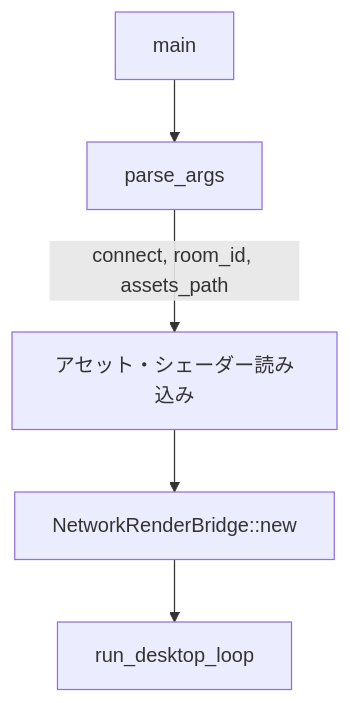
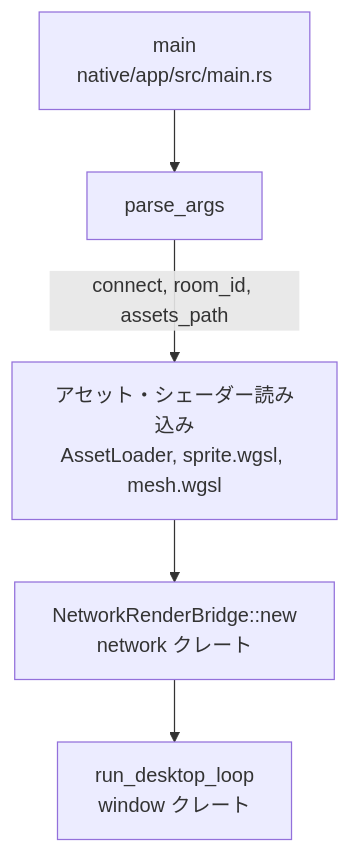
The seventh of 9 diagrams in docs/architecture/rust/desktop_client.md (FRICK-ELDY/alchemy-engine), drawn with Mermaid before and after one commit. The commit also changed other lines of this file and 11 other files, not shown here.

````diff
--- a/docs/architecture/rust/desktop_client.md
+++ b/docs/architecture/rust/desktop_client.md
@@ -227,13 +243,13 @@
 ```mermaid
 flowchart TD
-    MAIN[main]
+    MAIN[main<br/>native/app/src/main.rs]
     PARSE[parse_args]
-    LOAD[アセット・シェーダー読み込み]
-    BRIDGE[NetworkRenderBridge::new]
-    LOOP[run_desktop_loop]
+    LOAD[アセット・シェーダー読み込み<br/>AssetLoader, sprite.wgsl, mesh.wgsl]
+    BRIDGE[NetworkRenderBridge::new<br/>network クレート]
+    LOOP[run_desktop_loop<br/>window クレート]
 
     MAIN --> PARSE
     PARSE -->|connect, room_id, assets_path| LOAD
     LOAD --> BRIDGE
     BRIDGE --> LOOP
 ```
````
